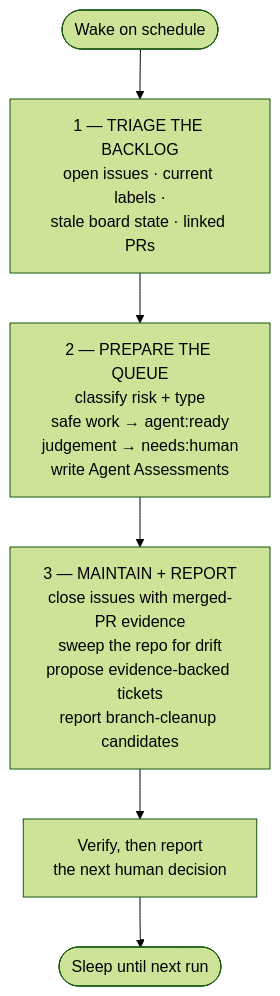
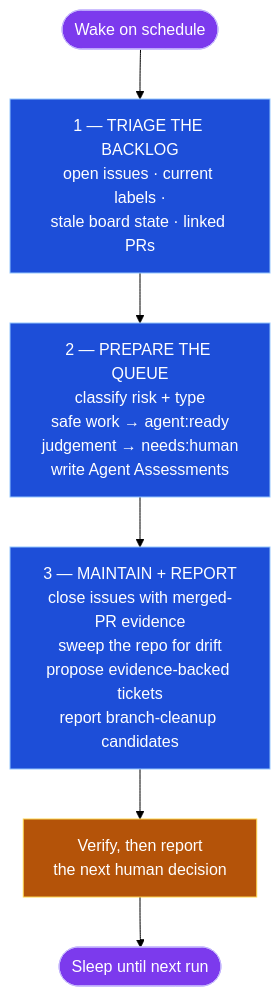
The sixth of 8 diagrams in tutorials/loop-engineering/README.md (owainlewis/youtube-tutorials), drawn with Mermaid (forest theme) before and after one commit. The commit also changed other lines of this file, not shown here.

Commit message:
docs: color mermaid diagrams for dark mode readability

````diff
--- a/tutorials/loop-engineering/README.md
+++ b/tutorials/loop-engineering/README.md
@@ -246,8 +285,15 @@
 ```mermaid
 graph TB
     W([Wake on schedule]) --> P1["1 — TRIAGE THE BACKLOG<br/>open issues · current labels ·<br/>stale board state · linked PRs"]
     P1 --> P2["2 — PREPARE THE QUEUE<br/>classify risk + type<br/>safe work → agent:ready<br/>judgement → needs:human<br/>write Agent Assessments"]
     P2 --> P3["3 — MAINTAIN + REPORT<br/>close issues with merged-PR evidence<br/>sweep the repo for drift<br/>propose evidence-backed tickets<br/>report branch-cleanup candidates"]
     P3 --> R[Verify, then report<br/>the next human decision]
     R --> S([Sleep until next run])
+
+    classDef trigger fill:#7c3aed,stroke:#c4b5fd,color:#ffffff
+    classDef phase fill:#1d4ed8,stroke:#93c5fd,color:#ffffff
+    classDef report fill:#b45309,stroke:#fcd34d,color:#ffffff
+    class W,S trigger
+    class P1,P2,P3 phase
+    class R report
 ```
````
